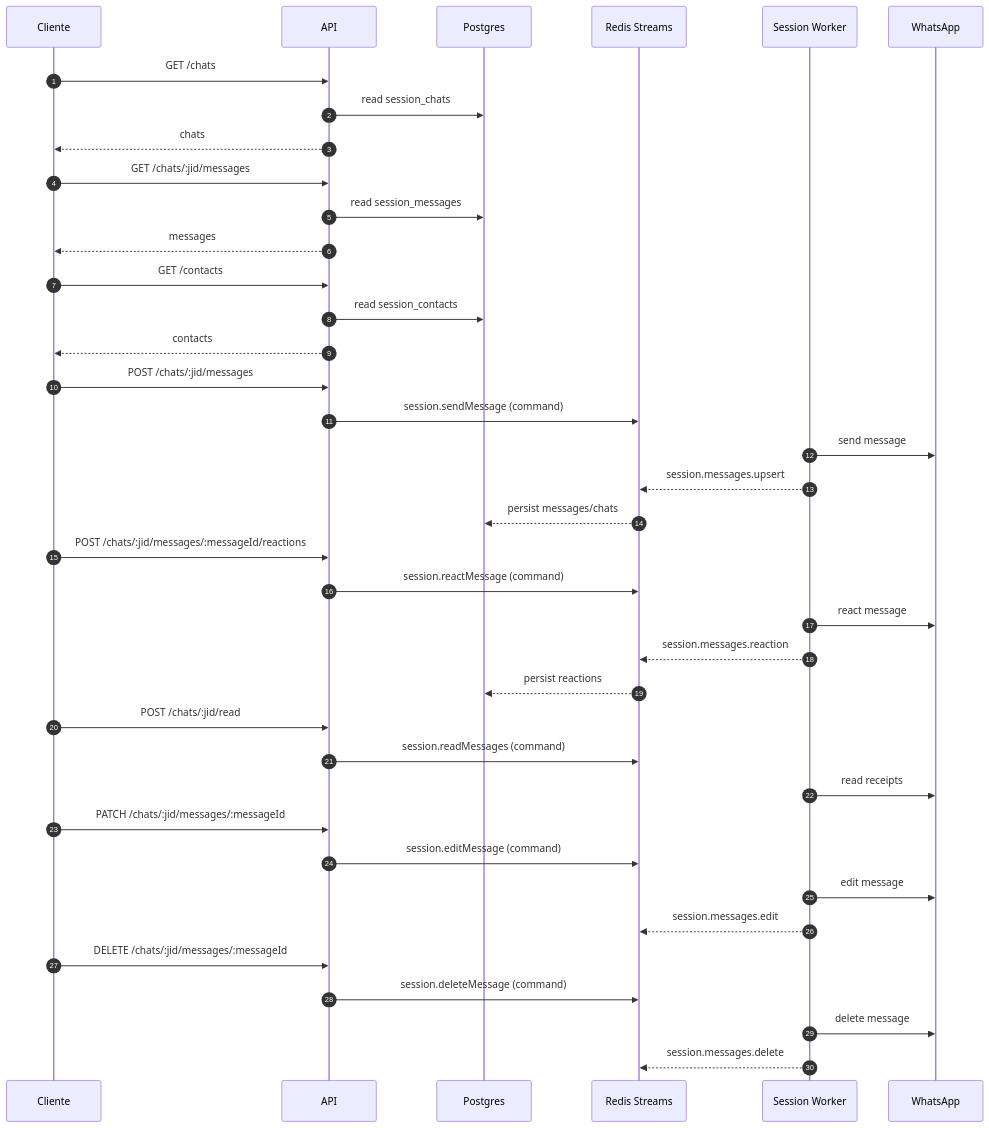
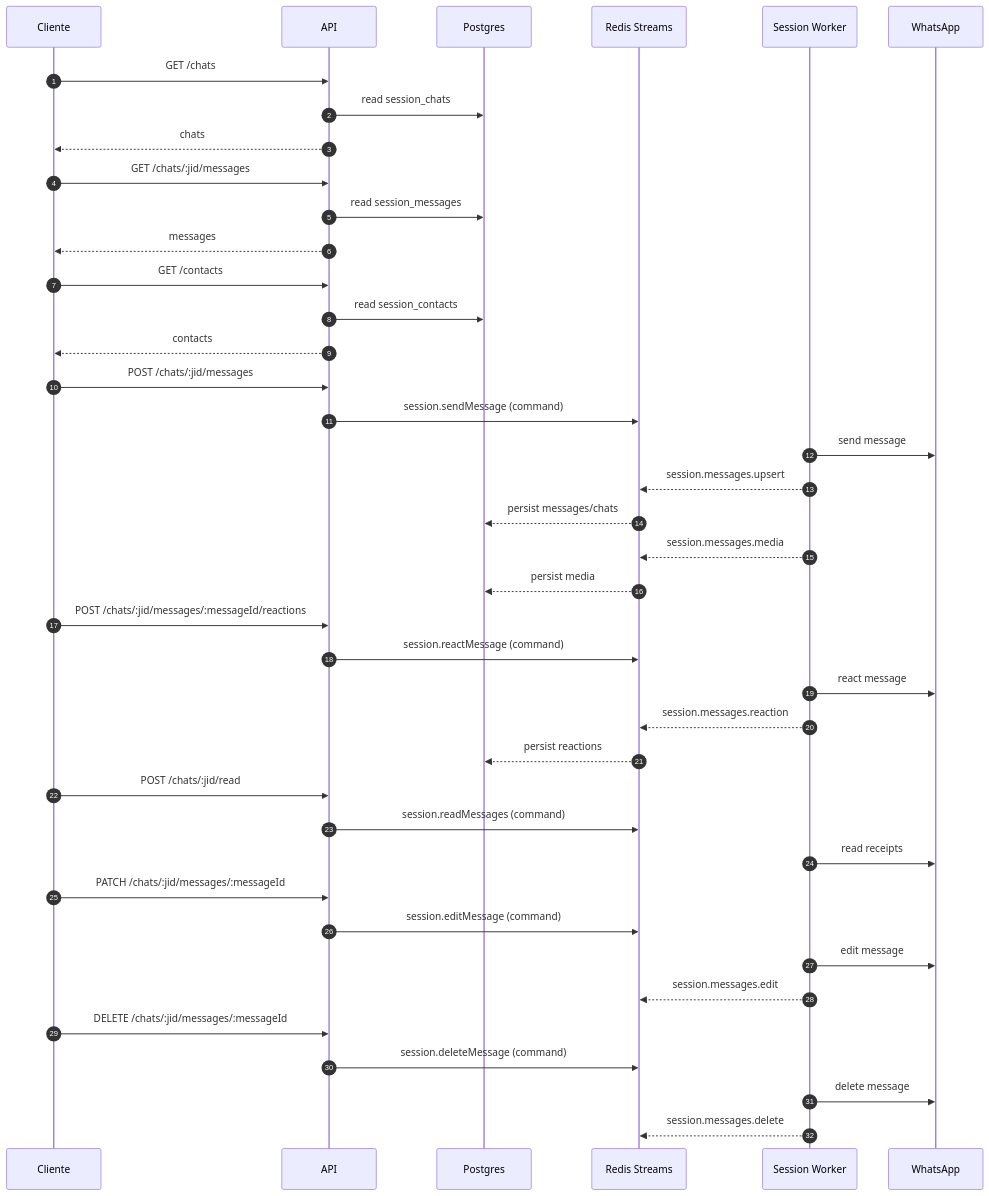
The fifth of 5 diagrams in docs/flow.md (werpoz/anna), drawn with Mermaid before and after one commit. The commit also changed other lines of this file and 26 other files, not shown here.

First line of the commit message:
feat: add media handling to session messages

````diff
--- a/docs/flow.md
+++ b/docs/flow.md
@@ -527,48 +590,50 @@
 ```mermaid
 sequenceDiagram
   autonumber
   participant Client as Cliente
   participant API as API
   participant DB as Postgres
   participant Redis as Redis Streams
   participant Worker as Session Worker
   participant WA as WhatsApp
 
   Client->>API: GET /chats
   API->>DB: read session_chats
   API-->>Client: chats
 
   Client->>API: GET /chats/:jid/messages
   API->>DB: read session_messages
   API-->>Client: messages
 
   Client->>API: GET /contacts
   API->>DB: read session_contacts
   API-->>Client: contacts
 
   Client->>API: POST /chats/:jid/messages
   API->>Redis: session.sendMessage (command)
   Worker->>WA: send message
   Worker-->>Redis: session.messages.upsert
   Redis-->>DB: persist messages/chats
+  Worker-->>Redis: session.messages.media
+  Redis-->>DB: persist media
 
   Client->>API: POST /chats/:jid/messages/:messageId/reactions
   API->>Redis: session.reactMessage (command)
   Worker->>WA: react message
   Worker-->>Redis: session.messages.reaction
   Redis-->>DB: persist reactions
 
   Client->>API: POST /chats/:jid/read
   API->>Redis: session.readMessages (command)
   Worker->>WA: read receipts
 
   Client->>API: PATCH /chats/:jid/messages/:messageId
   API->>Redis: session.editMessage (command)
   Worker->>WA: edit message
   Worker-->>Redis: session.messages.edit
 
   Client->>API: DELETE /chats/:jid/messages/:messageId
   API->>Redis: session.deleteMessage (command)
   Worker->>WA: delete message
   Worker-->>Redis: session.messages.delete
 ```
````
